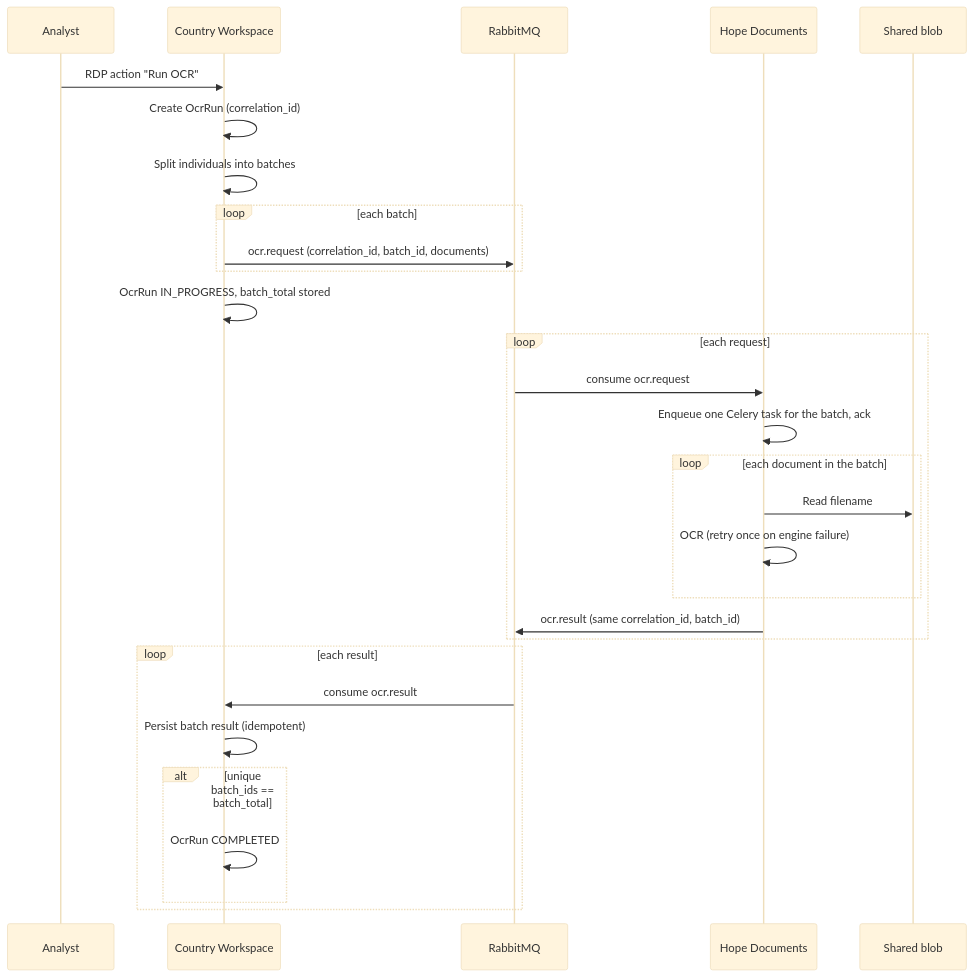
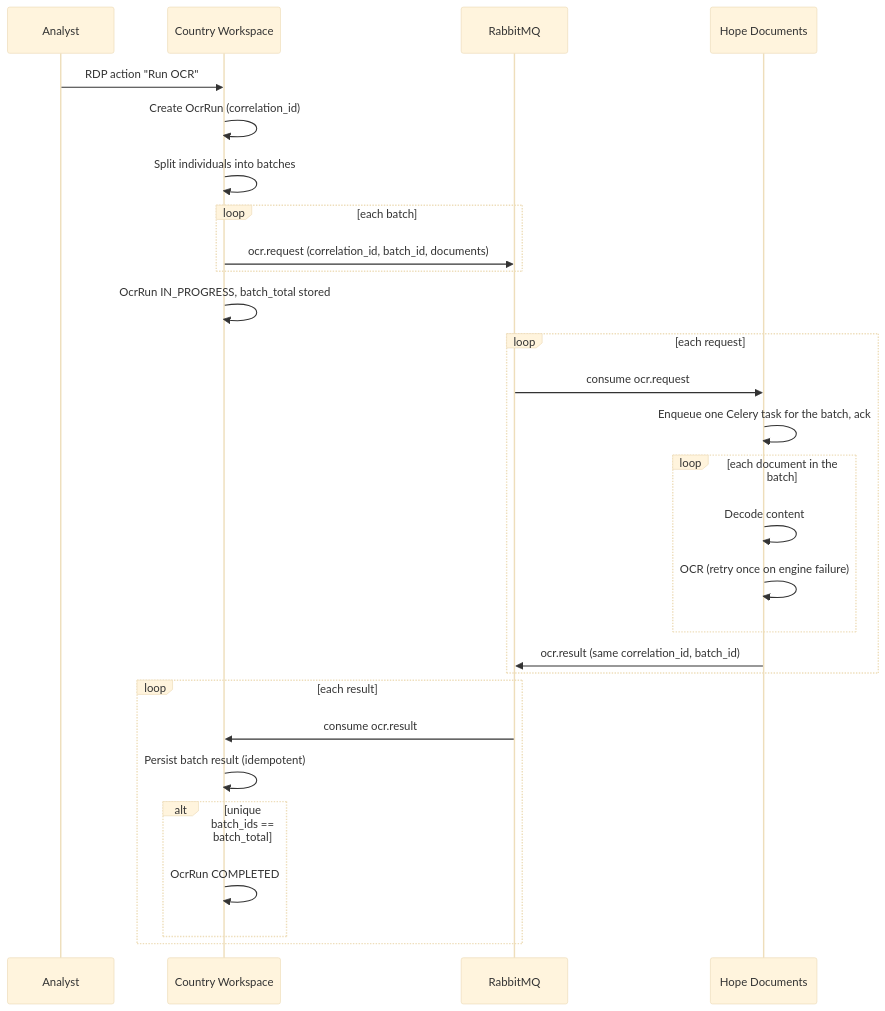
One commit to unicef/hope-country-workspace changed the diagram in docs/src/flows/rdp_ocr.md. Above: the diagram before and after it, drawn with Mermaid (base theme). The commit also changed other lines of this file and 13 other files, not shown here.

Commit message:
feat(ocr): send image content in ocr.request instead of blob filename

````diff
--- a/docs/src/flows/rdp_ocr.md
+++ b/docs/src/flows/rdp_ocr.md
@@ -103,34 +104,33 @@
 ```mermaid
 sequenceDiagram
     participant Analyst
     participant CW as Country Workspace
     participant RMQ as RabbitMQ
     participant HD as Hope Documents
-    participant Blob as Shared blob
 
     Analyst->>CW: RDP action "Run OCR"
     CW->>CW: Create OcrRun (correlation_id)
     CW->>CW: Split individuals into batches
     loop each batch
         CW->>RMQ: ocr.request (correlation_id, batch_id, documents)
     end
     CW->>CW: OcrRun IN_PROGRESS, batch_total stored
 
     loop each request
         RMQ->>HD: consume ocr.request
         HD->>HD: Enqueue one Celery task for the batch, ack
         loop each document in the batch
-            HD->>Blob: Read filename
+            HD->>HD: Decode content
             HD->>HD: OCR (retry once on engine failure)
         end
         HD->>RMQ: ocr.result (same correlation_id, batch_id)
     end
 
     loop each result
         RMQ->>CW: consume ocr.result
         CW->>CW: Persist batch result (idempotent)
         alt unique batch_ids == batch_total
             CW->>CW: OcrRun COMPLETED
         end
     end
 ```
````
